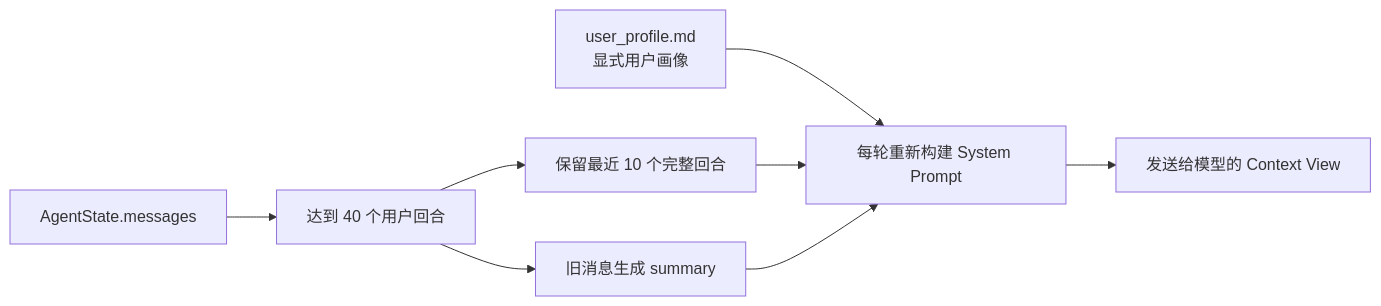
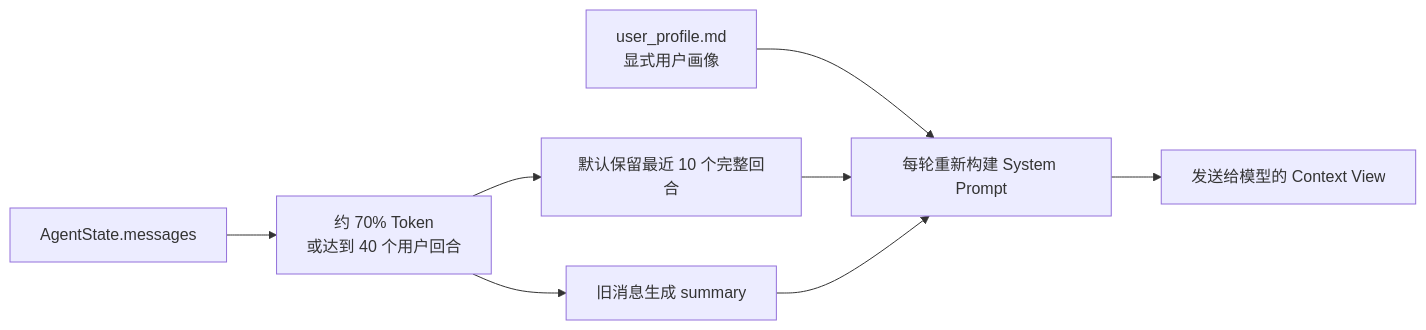
The second of 4 diagrams in README.md (bulecoder/CyberClaw), drawn with Mermaid before and after one commit. The commit also changed other lines of this file and 6 other files, not shown here.

````diff
--- a/README.md
+++ b/README.md
@@ -570,10 +572,10 @@
 ```mermaid
 flowchart LR
     P["user_profile.md\n显式用户画像"] --> S["每轮重新构建 System Prompt"]
-    M["AgentState.messages"] --> T["达到 40 个用户回合"]
-    T --> R["保留最近 10 个完整回合"]
+    M["AgentState.messages"] --> T["约 70% Token\n或达到 40 个用户回合"]
+    T --> R["默认保留最近 10 个完整回合"]
     T --> U["旧消息生成 summary"]
     R --> S
     U --> S
     S --> L["发送给模型的 Context View"]
 ```
````
